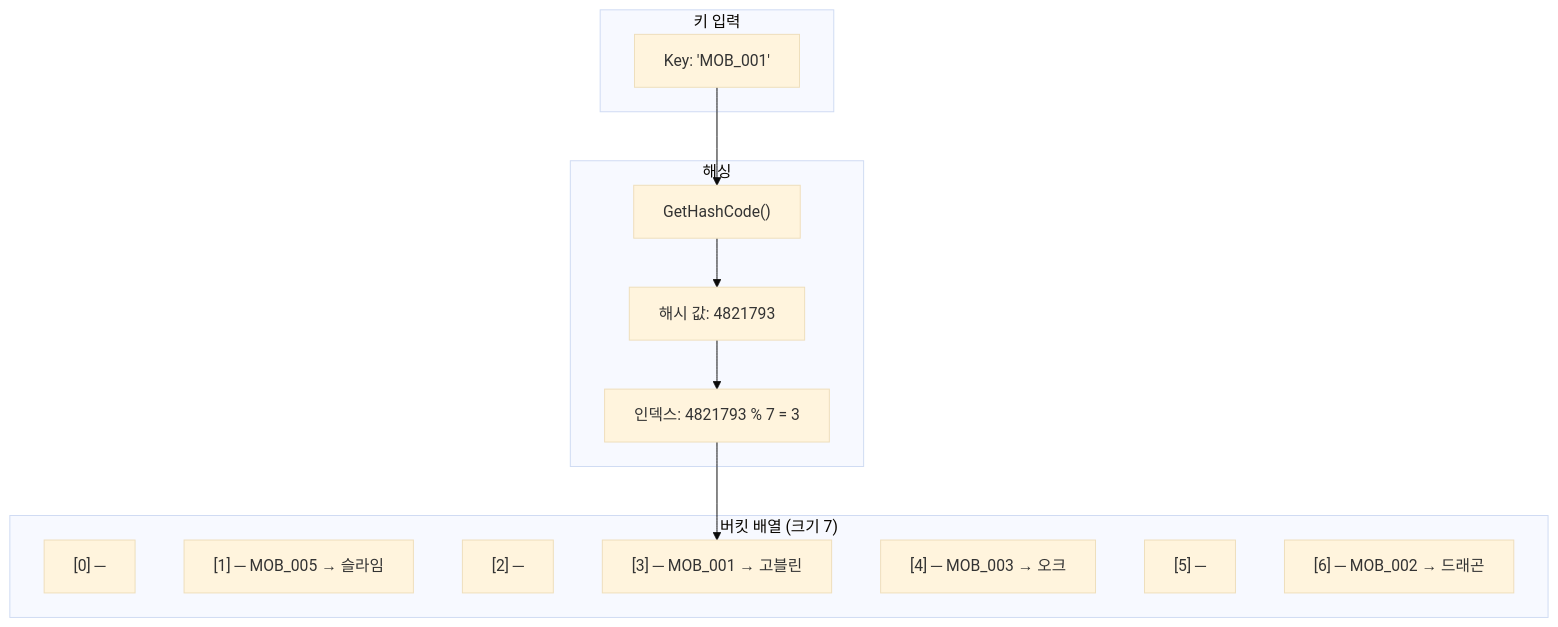
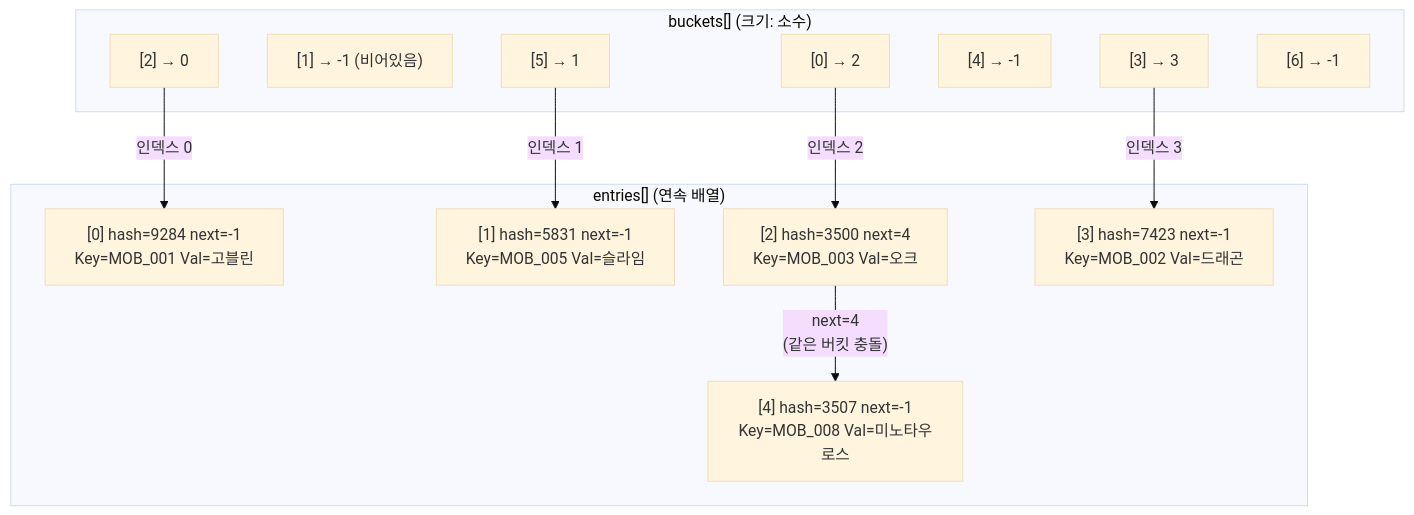
Before and after one commit to Epheria/Epheria.github.io: the first of 8 diagrams in _posts/Csharp/DataStructure/2023-07-27-CsharpDS01.md, drawn with Mermaid (base theme). The commit also changed other lines of this file and 2 other files, not shown here.

````diff
--- a/_posts/Csharp/DataStructure/2023-07-27-CsharpDS01.md
+++ b/_posts/Csharp/DataStructure/2023-07-27-CsharpDS01.md
@@ -44,25 +54,26 @@
 ```mermaid
 flowchart TB
-    subgraph Input["키 입력"]
-        K1["Key: 'MOB_001'"]
+    subgraph Buckets["buckets[] (크기: 소수)"]
+        B0["[0] → 2"]
+        B1["[1] → -1 (비어있음)"]
+        B2["[2] → 0"]
+        B3["[3] → 3"]
+        B4["[4] → -1"]
+        B5["[5] → 1"]
+        B6["[6] → -1"]
     end
 
-    subgraph Hash["해싱"]
-        H1["GetHashCode()"]
-        H2["해시 값: 4821793"]
-        H3["인덱스: 4821793 % 7 = 3"]
+    subgraph Entries["entries[] (연속 배열)"]
+        E0["[0] hash=9284 next=-1<br/>Key=MOB_001 Val=고블린"]
+        E1["[1] hash=5831 next=-1<br/>Key=MOB_005 Val=슬라임"]
+        E2["[2] hash=3500 next=4<br/>Key=MOB_003 Val=오크"]
+        E3["[3] hash=7423 next=-1<br/>Key=MOB_002 Val=드래곤"]
+        E4["[4] hash=3507 next=-1<br/>Key=MOB_008 Val=미노타우로스"]
     end
 
-    subgraph Buckets["버킷 배열 (크기 7)"]
-        B0["[0] ─"]
-        B1["[1] ─ MOB_005 → 슬라임"]
-        B2["[2] ─"]
-        B3["[3] ─ MOB_001 → 고블린"]
-        B4["[4] ─ MOB_003 → 오크"]
-        B5["[5] ─"]
-        B6["[6] ─ MOB_002 → 드래곤"]
-    end
-
-    K1 --> H1 --> H2 --> H3
-    H3 --> B3
+    B0 -->|"인덱스 2"| E2
+    B2 -->|"인덱스 0"| E0
+    B3 -->|"인덱스 3"| E3
+    B5 -->|"인덱스 1"| E1
+    E2 -->|"next=4<br/>(같은 버킷 충돌)"| E4
 ```
````
